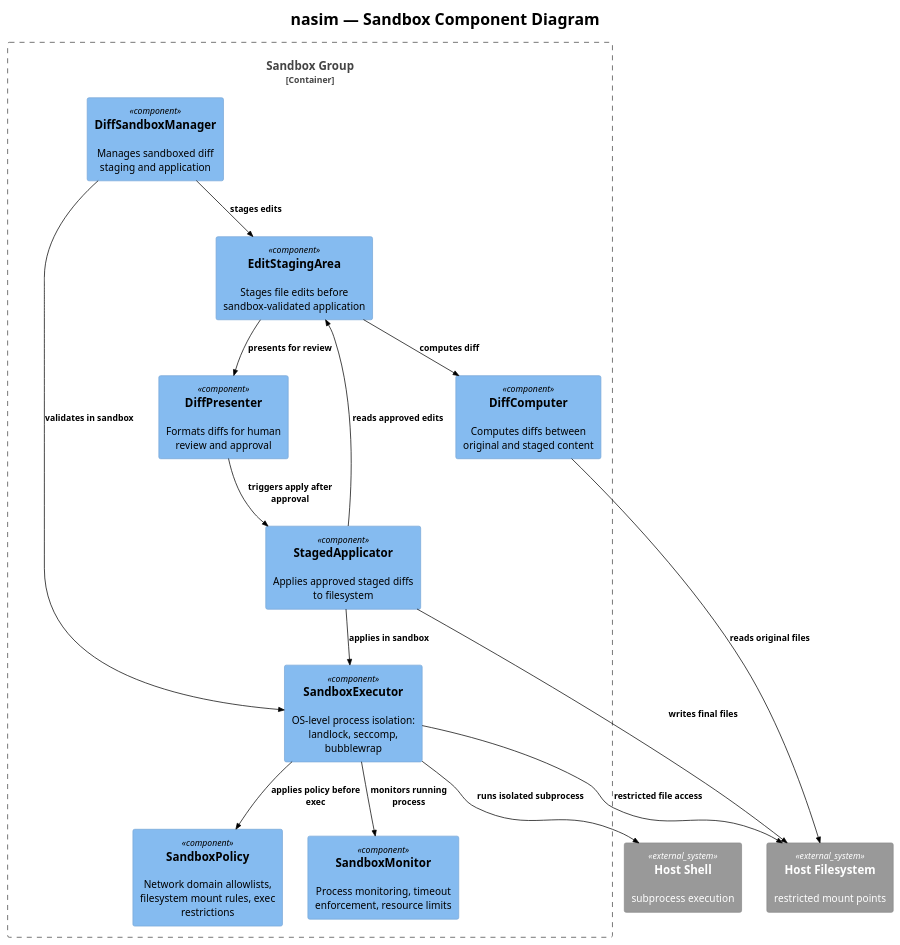
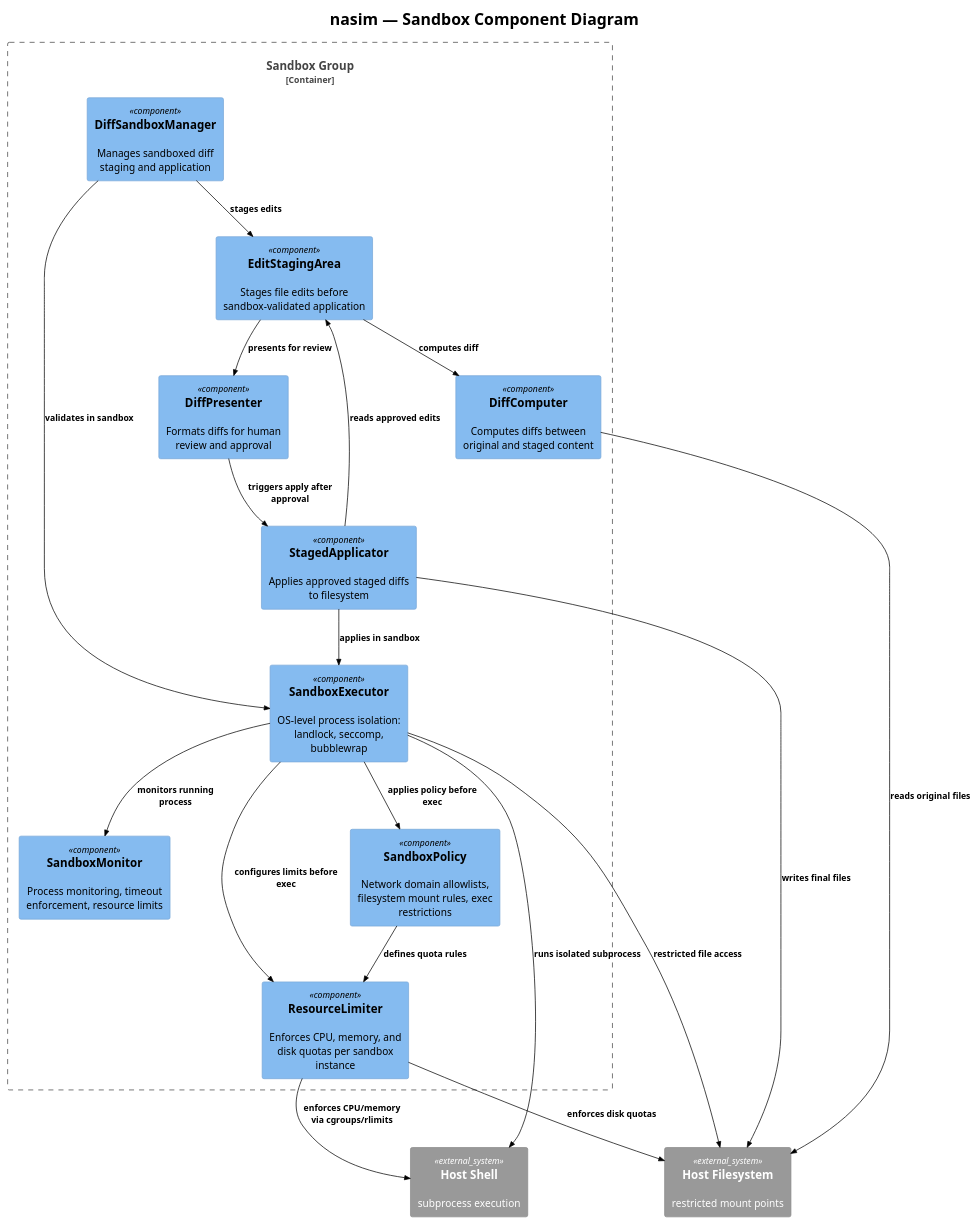
The diagram in docs/C4/c4_nasim_component_sandbox.puml (salimnamvar/nasim), drawn with PlantUML before and after one commit. The commit also changed 10 other files, not shown here.

```diff
--- a/docs/C4/c4_nasim_component_sandbox.puml
+++ b/docs/C4/c4_nasim_component_sandbox.puml
@@ -1,46 +1,51 @@
 @startuml c4_nasim_component_sandbox
 !include https://raw.githubusercontent.com/plantuml-stdlib/C4-PlantUML/v2.10.0/C4_Component.puml
 !theme plain
 
 
 ' ============================================================
 ' Title:     nasim — Sandbox Component Diagram
 ' Boundary:  nasim core library — Sandbox group
 ' Purpose:   OS-level process isolation and diff staging for shell and edit operations
 ' Milestone: v1.0
 ' Version:   6.0.0
 ' Source:    docs/audit/audit.2026.06.20.deep.domain.audit.md
 ' Review:    —
 ' ============================================================
 
 title nasim — Sandbox Component Diagram
 
 Container_Boundary(sandbox_boundary, "Sandbox Group") {
     Component(sandbox_executor, "SandboxExecutor", "", "OS-level process isolation: landlock, seccomp, bubblewrap")
     Component(sandbox_policy, "SandboxPolicy", "", "Network domain allowlists, filesystem mount rules, exec restrictions")
     Component(sandbox_monitor, "SandboxMonitor", "", "Process monitoring, timeout enforcement, resource limits")
+    Component(resource_limiter, "ResourceLimiter", "", "Enforces CPU, memory, and disk quotas per sandbox instance")
     Component(diff_sandbox_mgr, "DiffSandboxManager", "", "Manages sandboxed diff staging and application")
     Component(edit_staging_area, "EditStagingArea", "", "Stages file edits before sandbox-validated application")
     Component(diff_computer, "DiffComputer", "", "Computes diffs between original and staged content")
     Component(diff_presenter, "DiffPresenter", "", "Formats diffs for human review and approval")
     Component(staged_applicator, "StagedApplicator", "", "Applies approved staged diffs to filesystem")
 }
 
 System_Ext(host_shell, "Host Shell", "subprocess execution")
 System_Ext(host_fs, "Host Filesystem", "restricted mount points")
 
 Rel(sandbox_executor, sandbox_policy, "applies policy before exec")
 Rel(sandbox_executor, sandbox_monitor, "monitors running process")
+Rel(sandbox_executor, resource_limiter, "configures limits before exec")
+Rel(sandbox_policy, resource_limiter, "defines quota rules")
+Rel(resource_limiter, host_fs, "enforces disk quotas")
+Rel(resource_limiter, host_shell, "enforces CPU/memory via cgroups/rlimits")
 Rel(sandbox_executor, host_shell, "runs isolated subprocess")
 Rel(sandbox_executor, host_fs, "restricted file access")
 Rel(diff_sandbox_mgr, edit_staging_area, "stages edits")
 Rel(diff_sandbox_mgr, sandbox_executor, "validates in sandbox")
 Rel(edit_staging_area, diff_computer, "computes diff")
 Rel(edit_staging_area, diff_presenter, "presents for review")
 Rel(diff_computer, host_fs, "reads original files")
 Rel(staged_applicator, edit_staging_area, "reads approved edits")
 Rel(staged_applicator, sandbox_executor, "applies in sandbox")
 Rel(staged_applicator, host_fs, "writes final files")
 Rel(diff_presenter, staged_applicator, "triggers apply after approval")
 
 @enduml
```
